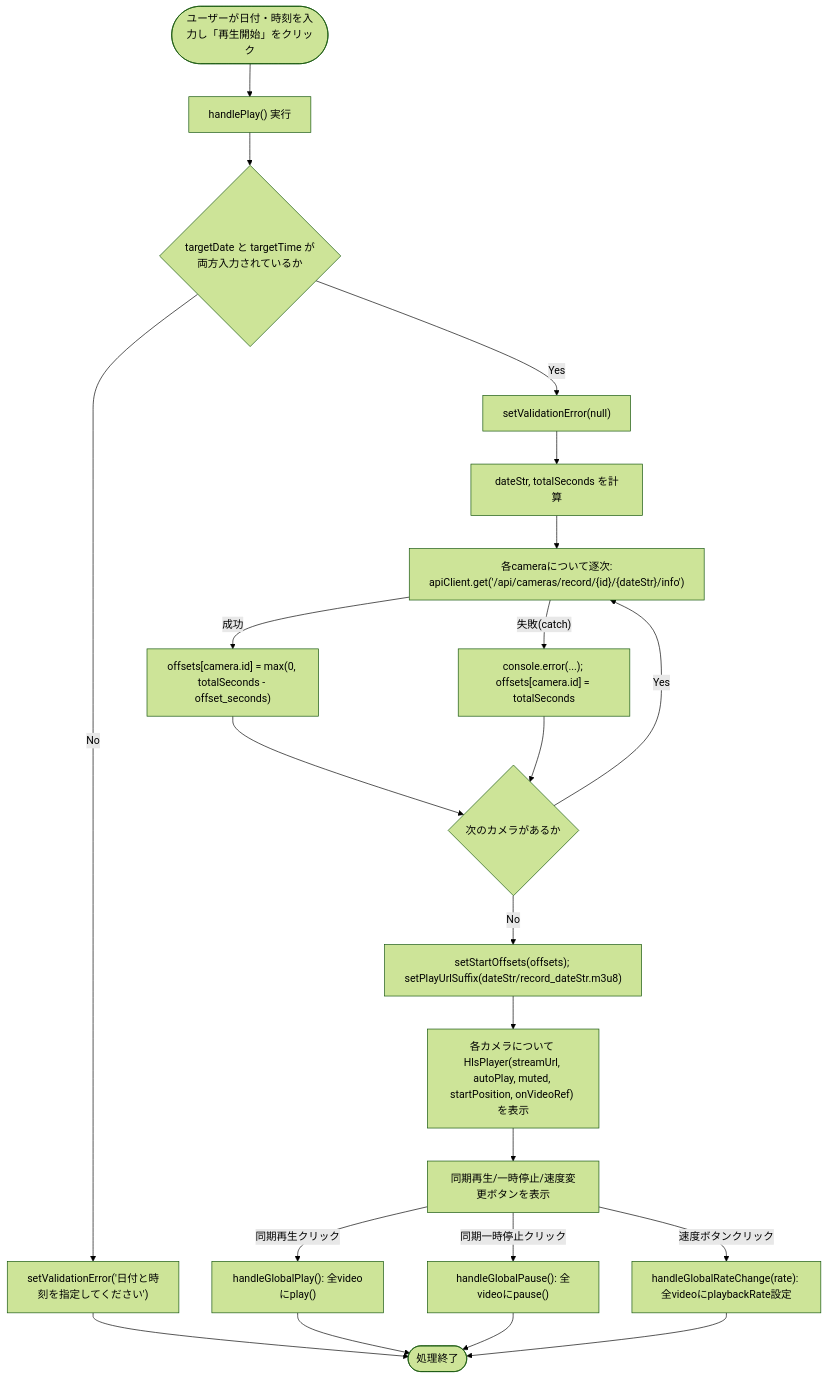
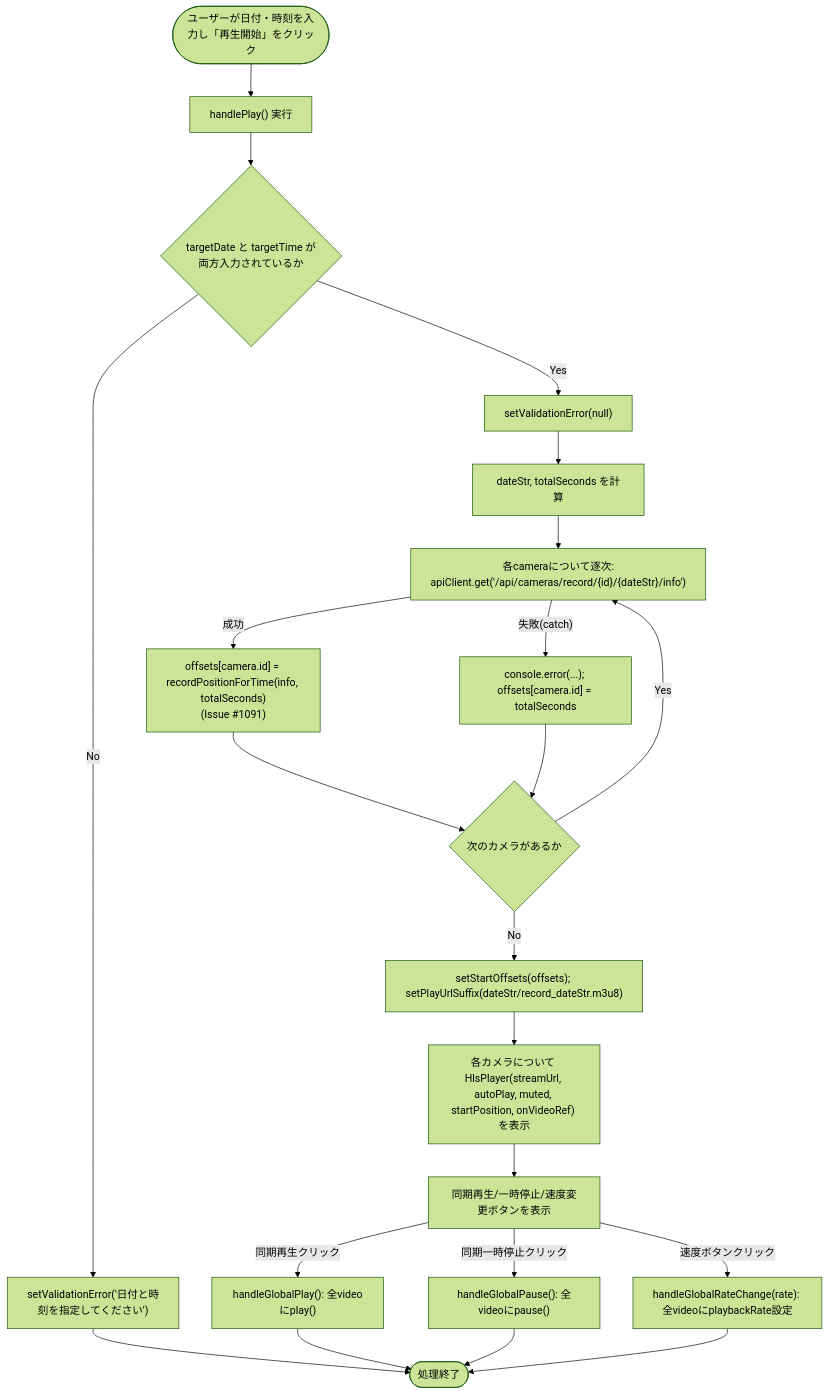
The first of 2 diagrams in docs/specifications/family-quest/src/features/camera/components/RecordView.md (mmtigers/my_python_project), drawn with Mermaid (forest theme) before and after one commit. The commit also changed other lines of this file and 25 other files, not shown here.

````diff
--- a/docs/specifications/family-quest/src/features/camera/components/RecordView.md
+++ b/docs/specifications/family-quest/src/features/camera/components/RecordView.md
@@ -167,28 +169,28 @@
 ```mermaid
 flowchart TD
     Start(["ユーザーが日付・時刻を入力し「再生開始」をクリック"]) --> HandlePlay["handlePlay() 実行"]
     HandlePlay --> ValidateInput{"targetDate と targetTime が\n両方入力されているか"}
     ValidateInput -- No --> ShowValidationError["setValidationError('日付と時刻を指定してください')"] --> End(["処理終了"])
     ValidateInput -- Yes --> ClearError["setValidationError(null)"]
     ClearError --> ComputeTotalSeconds["dateStr, totalSeconds を計算"]
     ComputeTotalSeconds --> LoopCameras["各cameraについて逐次:\napiClient.get('/api/cameras/record/{id}/{dateStr}/info')"]
 
-    LoopCameras -- 成功 --> ComputeOffset["offsets[camera.id] = max(0, totalSeconds - offset_seconds)"]
+    LoopCameras -- 成功 --> ComputeOffset["offsets[camera.id] = recordPositionForTime(info, totalSeconds)<br>(Issue #1091)"]
     LoopCameras -- 失敗(catch) --> LogAndFallback["console.error(...); offsets[camera.id] = totalSeconds"]
     ComputeOffset --> NextCamera{"次のカメラがあるか"}
     LogAndFallback --> NextCamera
     NextCamera -- Yes --> LoopCameras
     NextCamera -- No --> SetState["setStartOffsets(offsets); setPlayUrlSuffix(dateStr/record_dateStr.m3u8)"]
 
     SetState --> RenderPlayers["各カメラについて HlsPlayer(streamUrl, autoPlay, muted, startPosition, onVideoRef) を表示"]
     RenderPlayers --> RenderControls["同期再生/一時停止/速度変更ボタンを表示"]
 
     RenderControls -- "同期再生クリック" --> GlobalPlay["handleGlobalPlay(): 全videoにplay()"]
     RenderControls -- "同期一時停止クリック" --> GlobalPause["handleGlobalPause(): 全videoにpause()"]
     RenderControls -- "速度ボタンクリック" --> GlobalRate["handleGlobalRateChange(rate): 全videoにplaybackRate設定"]
 
     GlobalPlay --> End
     GlobalPause --> End
     GlobalRate --> End
 
 ```
````
